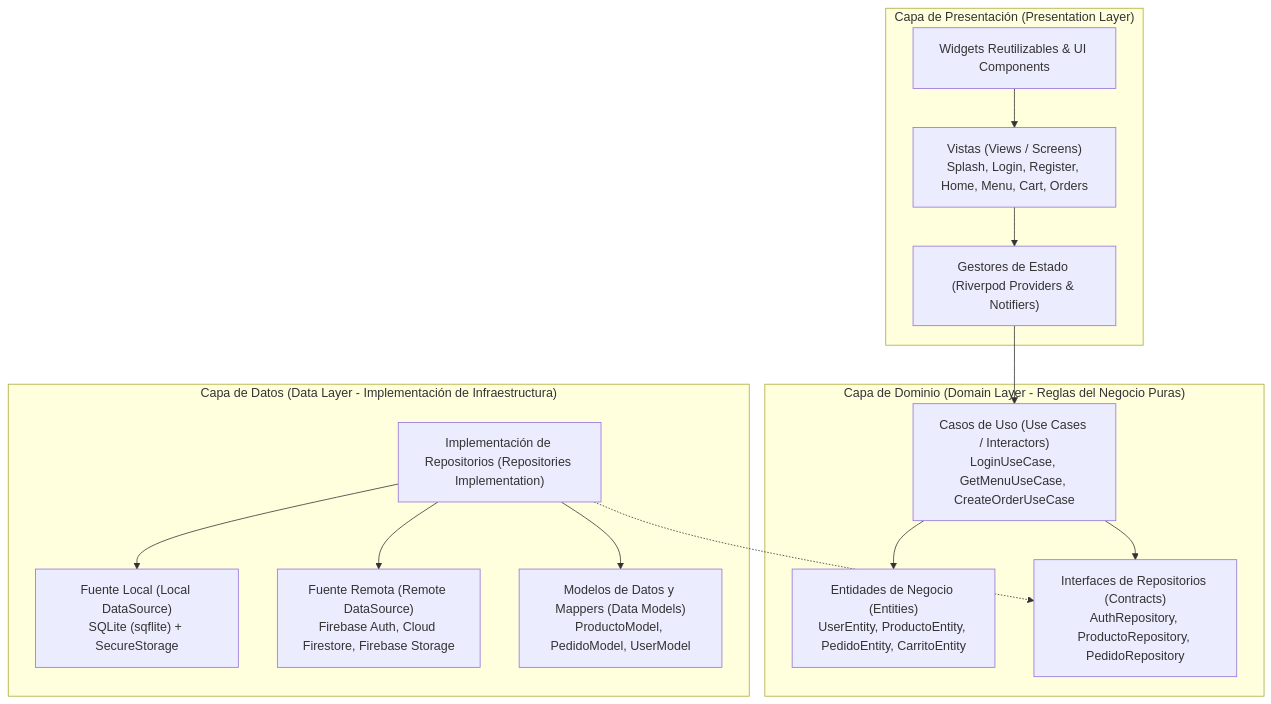
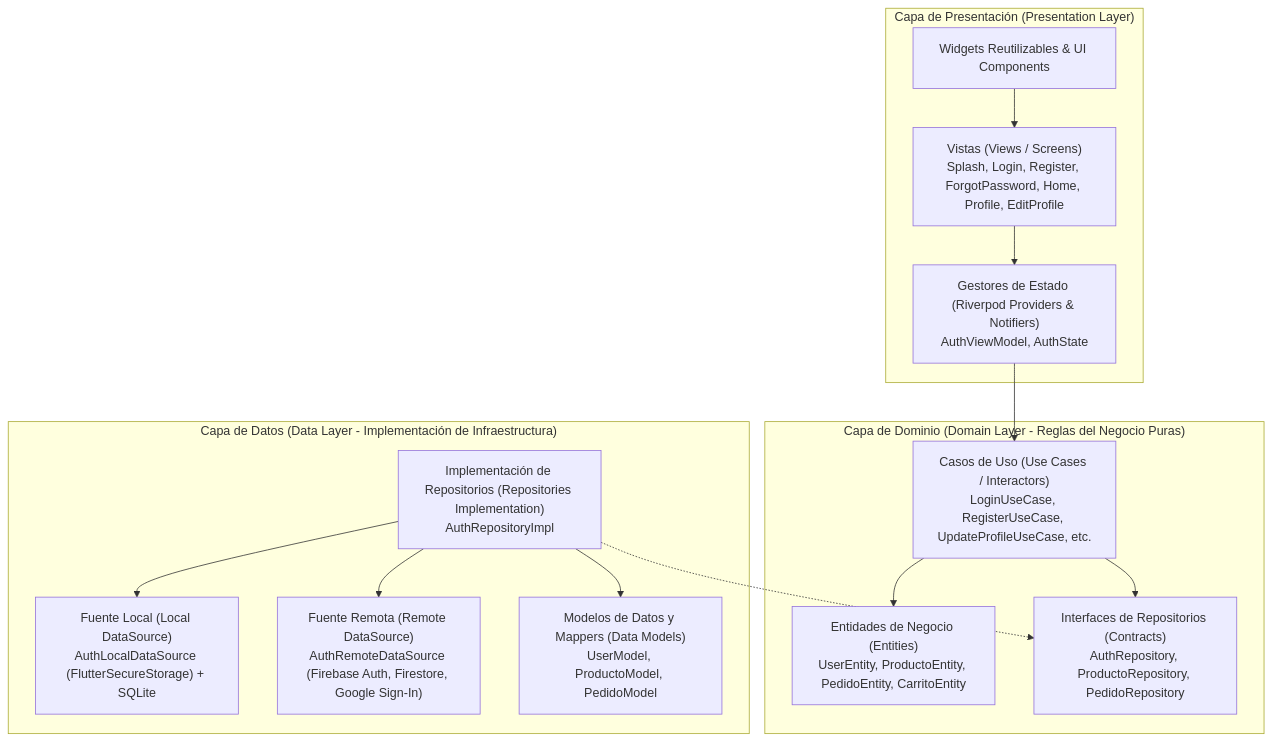
The first of 2 diagrams in PROYECTO_CAFETERIA_ESCOM.md (Apixel29/cafeteria_escom), drawn with Mermaid before and after one commit. The commit also changed other lines of this file and 27 other files, not shown here.

````diff
--- a/PROYECTO_CAFETERIA_ESCOM.md
+++ b/PROYECTO_CAFETERIA_ESCOM.md
@@ -38,31 +38,31 @@
 ```mermaid
 graph TD
     subgraph Presentation_Layer ["Capa de Presentación (Presentation Layer)"]
-        UI["Vistas (Views / Screens)<br>Splash, Login, Register, Home, Menu, Cart, Orders"]
-        VM["Gestores de Estado (Riverpod Providers & Notifiers)"]
+        UI["Vistas (Views / Screens)<br>Splash, Login, Register, ForgotPassword, Home, Profile, EditProfile"]
+        VM["Gestores de Estado (Riverpod Providers & Notifiers)<br>AuthViewModel, AuthState"]
         Widgets["Widgets Reutilizables & UI Components"]
         UI --> VM
         Widgets --> UI
     end
 
     subgraph Domain_Layer ["Capa de Dominio (Domain Layer - Reglas del Negocio Puras)"]
-        UC["Casos de Uso (Use Cases / Interactors)<br>LoginUseCase, GetMenuUseCase, CreateOrderUseCase"]
+        UC["Casos de Uso (Use Cases / Interactors)<br>LoginUseCase, RegisterUseCase, UpdateProfileUseCase, etc."]
         Entities["Entidades de Negocio (Entities)<br>UserEntity, ProductoEntity, PedidoEntity, CarritoEntity"]
         RepoInterfaces["Interfaces de Repositorios (Contracts)<br>AuthRepository, ProductoRepository, PedidoRepository"]
         UC --> Entities
         UC --> RepoInterfaces
     end
 
     subgraph Data_Layer ["Capa de Datos (Data Layer - Implementación de Infraestructura)"]
-        RepoImpl["Implementación de Repositorios (Repositories Implementation)"]
-        LocalDS["Fuente Local (Local DataSource)<br>SQLite (sqflite) + SecureStorage"]
-        RemoteDS["Fuente Remota (Remote DataSource)<br>Firebase Auth, Cloud Firestore, Firebase Storage"]
-        Models["Modelos de Datos y Mappers (Data Models)<br>ProductoModel, PedidoModel, UserModel"]
+        RepoImpl["Implementación de Repositorios (Repositories Implementation)<br>AuthRepositoryImpl"]
+        LocalDS["Fuente Local (Local DataSource)<br>AuthLocalDataSource (FlutterSecureStorage) + SQLite"]
+        RemoteDS["Fuente Remota (Remote DataSource)<br>AuthRemoteDataSource (Firebase Auth, Firestore, Google Sign-In)"]
+        Models["Modelos de Datos y Mappers (Data Models)<br>UserModel, ProductoModel, PedidoModel"]
         RepoImpl --> LocalDS
         RepoImpl --> RemoteDS
         RepoImpl --> Models
     end
 
     VM --> UC
     RepoImpl -.-> RepoInterfaces
 ```
````
